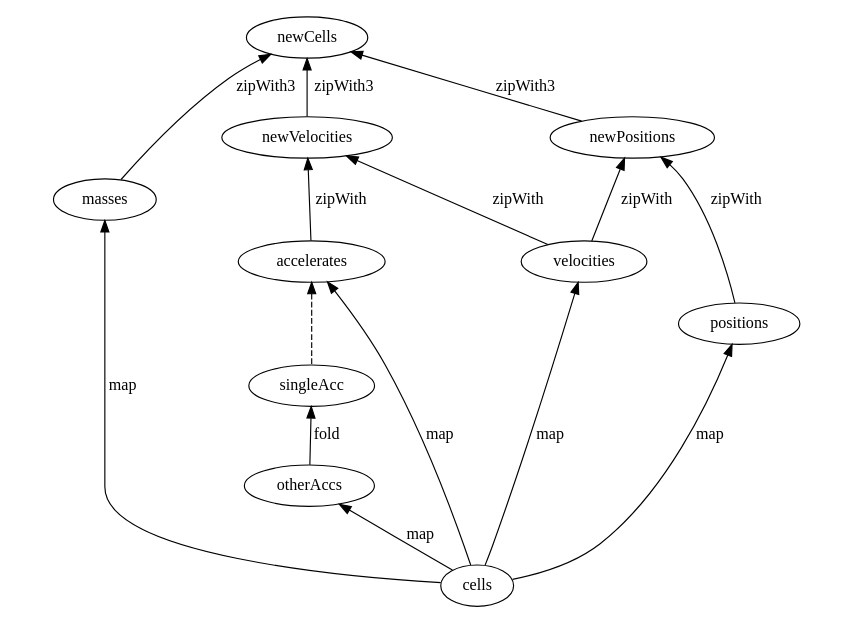
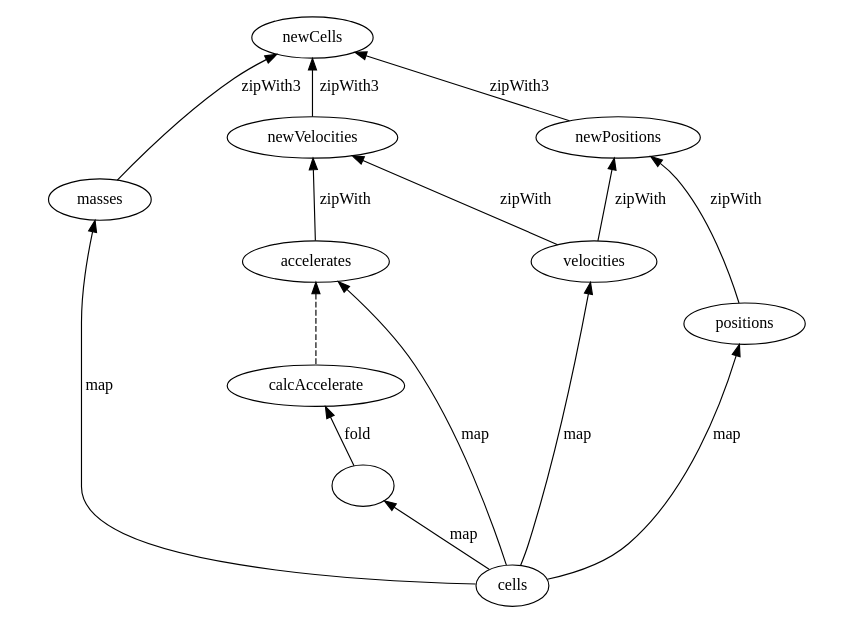
One commit to pysuxing/master-thesis changed the diagram in figures/n-body-stream.dot. Above: the diagram before and after it, drawn with Graphviz. The commit also changed 4 other files, not shown here.

```diff
--- a/figures/n-body-stream.dot
+++ b/figures/n-body-stream.dot
@@ -1,47 +1,32 @@
 digraph G {
 	size="7, 5";
 	ratio="fill";
 	
         newCells;
         masses;
         newVelocities;
         newPositions;
         velocities;
         positions;
         accelerates;
-        singleAcc;
-        otherAccs;
+        singleAcc[label="calcAccelerate"];
+        otherAccs[label=""];
         cells;
 
         edge[dir=back];
         
         newCells -> masses[label="zipWith3"];
         newCells -> newVelocities[label="zipWith3"];
         newCells -> newPositions[label="zipWith3"];
         masses -> cells[label="map"];
         newVelocities -> velocities[label="zipWith"];
         newVelocities -> accelerates[label="zipWith"];
         newPositions -> velocities[label="zipWith"];
         newPositions -> positions[label="zipWith"];
         velocities -> cells[label="map"];
         positions -> cells[label="map"];
         accelerates -> cells[label="map"];
         accelerates -> singleAcc[style=dashed];
         singleAcc -> otherAccs[label="fold"];
         otherAccs -> cells[label="map"];
-
-	// newCells -> masses[label="zipWith3 Cell"];
-        // newCells -> newVelocities[label="zipWith3 Cell"];
-        // newCells -> newPositions[label="zipWith3 Cell"];
-        // masses -> cells[label="map cellMass"];
-        // newVelocities -> velocities[label="zipWith f"];
-        // newVelocities -> accelerates[label="zipWith f"];
-        // newPositions -> velocities[label="zipWith g"];
-        // newPositions -> positions[label="zipWith g"];
-        // velocities -> cells[label="map cellVelocity"];
-        // positions -> cells[label="map cellPosition"];
-        // accelerates -> cells[label="map calcSingleAcc"];
-        // accelerates -> singleAcc[style=dashed];
-        // singleAcc -> otherAccs[label="fold +"];
-        // otherAccs -> cells[label="map"];
 }
```
